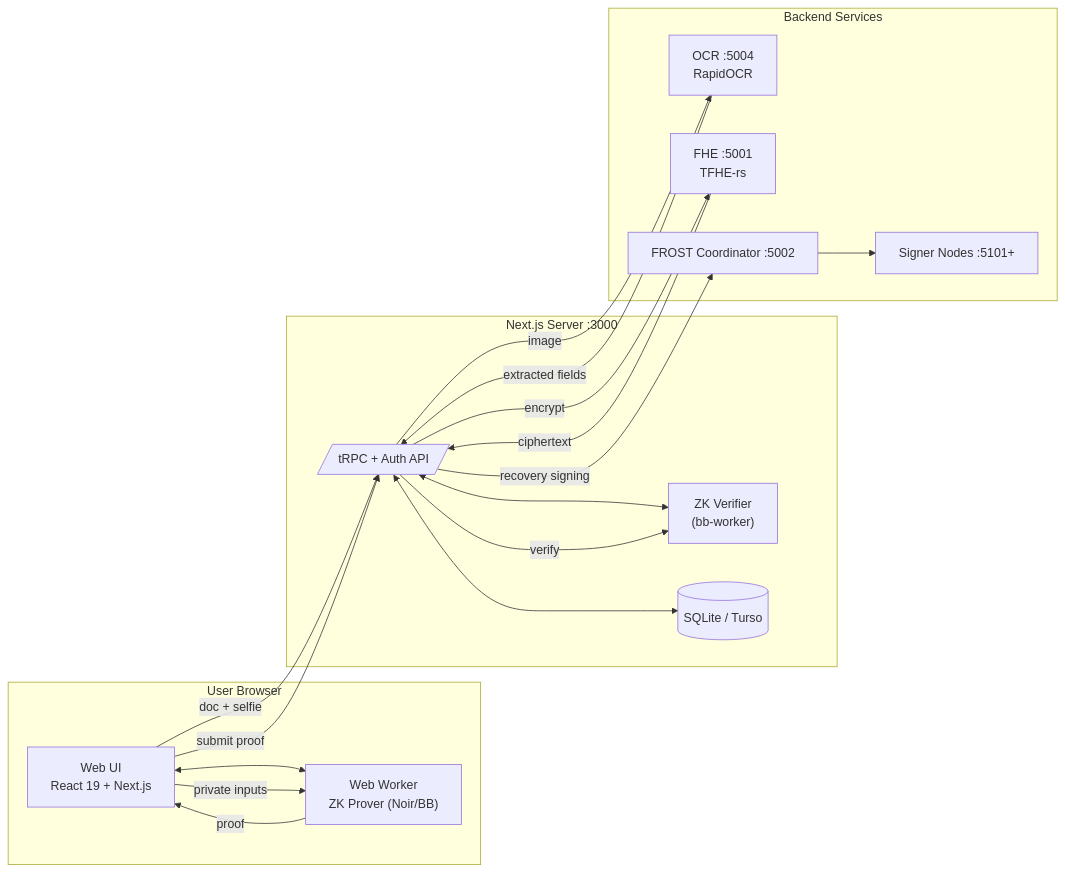
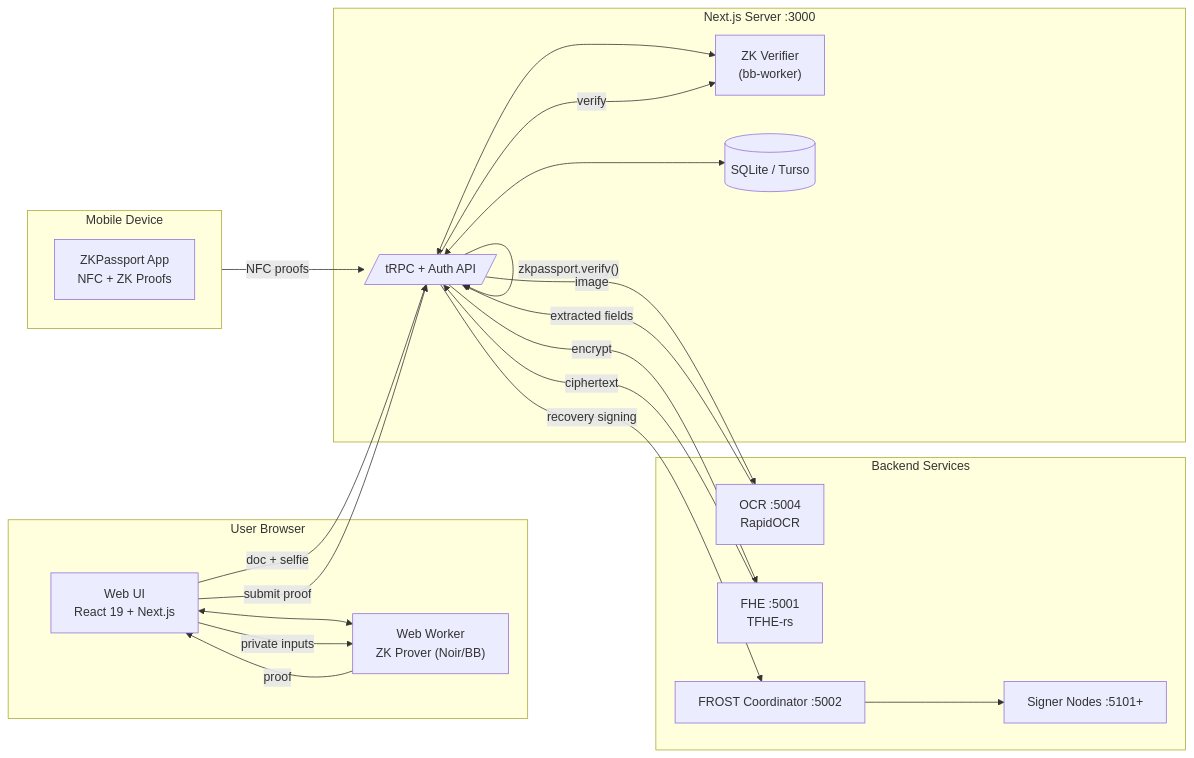
One commit to gustavovalverde/zentity changed the first of 3 diagrams in docs/architecture.md. Above: the diagram before and after it, drawn with Mermaid. The commit also changed other lines of this file and 8 other files, not shown here.

````diff
--- a/docs/architecture.md
+++ b/docs/architecture.md
@@ -37,37 +37,43 @@
 ```mermaid
 flowchart LR
   subgraph Browser["User Browser"]
     UI["Web UI\nReact 19 + Next.js"]
     W["Web Worker\nZK Prover (Noir/BB)"]
     UI <--> W
   end
 
   subgraph Server["Next.js Server :3000"]
     API[/"tRPC + Auth API"/]
     BB["ZK Verifier\n(bb-worker)"]
     DB[("SQLite / Turso")]
     API <--> BB
     API <--> DB
   end
 
   subgraph Services["Backend Services"]
     OCR["OCR :5004\nRapidOCR"]
     FHE["FHE :5001\nTFHE-rs"]
     SIGNER["FROST Coordinator :5002"]
     SIGNERS["Signer Nodes :5101+"]
     SIGNER --> SIGNERS
   end
 
+  subgraph Mobile["Mobile Device"]
+    ZKP["ZKPassport App\nNFC + ZK Proofs"]
+  end
+
   UI -->|"doc + selfie"| API
+  Mobile -->|"NFC proofs"| API
+  API -->|"zkpassport.verify()"| API
   API -->|"image"| OCR
   OCR -->|"extracted fields"| API
 
   UI -->|"private inputs"| W
   W -->|"proof"| UI
   UI -->|"submit proof"| API
   API -->|"verify"| BB
 
   API -->|"encrypt"| FHE
   FHE -->|"ciphertext"| API
   API -->|"recovery signing"| SIGNER
 ```
````
